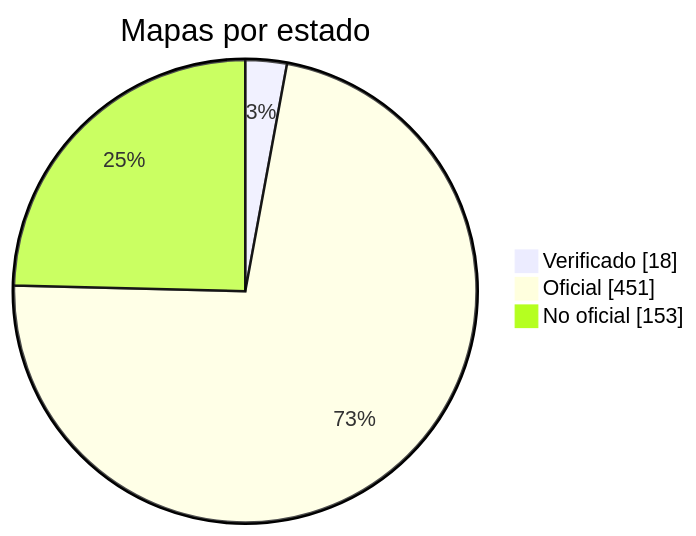
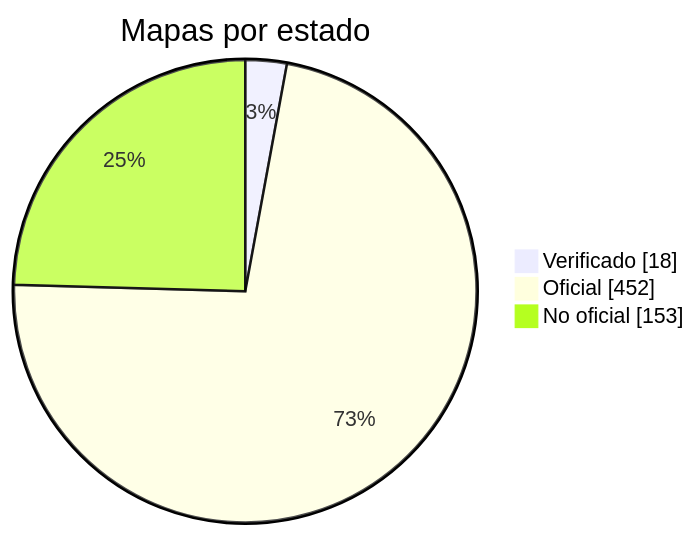
One commit to nobrega8/mbmap-library changed the diagram in docs/readme/README_ES.md. Above: the diagram before and after it, drawn with Mermaid. The commit also changed 6 other files, not shown here.

````diff
--- a/docs/readme/README_ES.md
+++ b/docs/readme/README_ES.md
@@ -54,7 +54,7 @@
 ```mermaid
 pie showData
     title Mapas por estado
     "Verificado" : 18
-    "Oficial" : 451
+    "Oficial" : 452
     "No oficial" : 153
 ```
````
